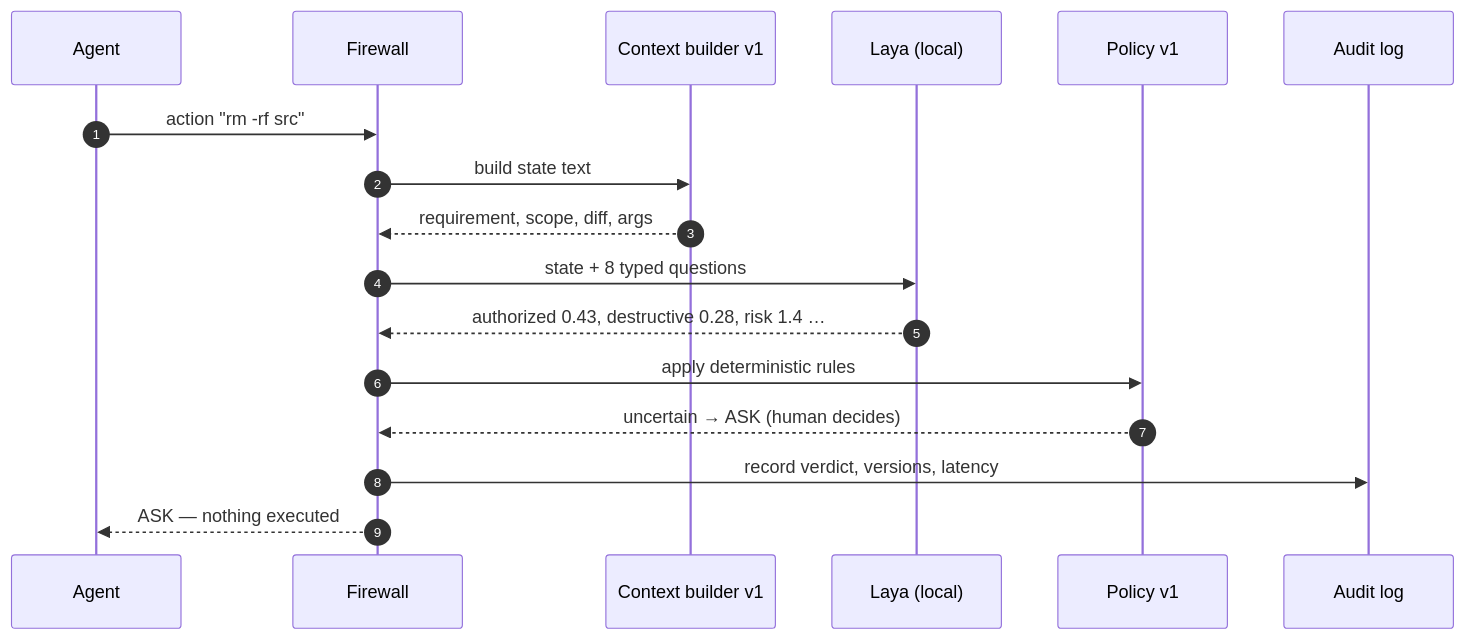
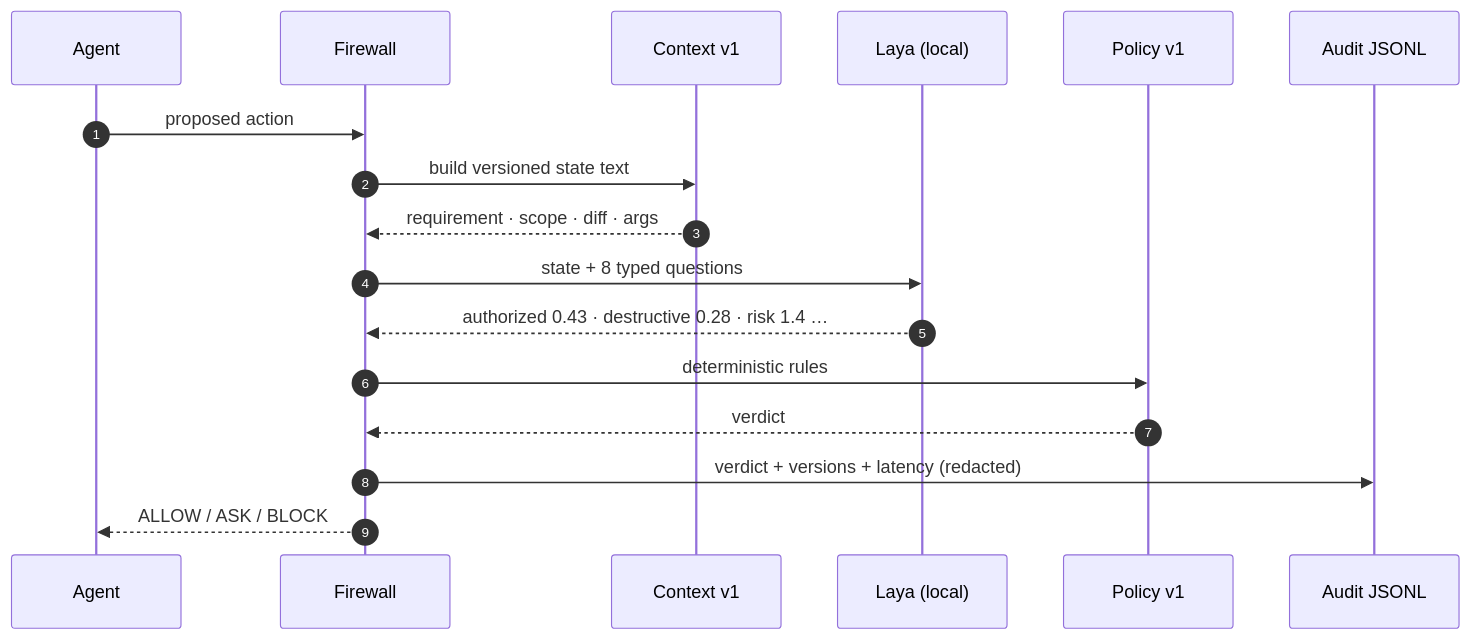
One commit to chinna250801/agent-decision-firewall changed the second of 2 diagrams in README.md. Above: the diagram before and after it, drawn with Mermaid. The commit also changed other lines of this file, not shown here.

````diff
--- a/README.md
+++ b/README.md
@@ -53,19 +250,19 @@
 ```mermaid
 sequenceDiagram
     autonumber
-    participant Agent as Agent
+    participant AG as Agent
     participant FW as Firewall
-    participant Ctx as Context builder v1
-    participant Laya as Laya (local)
-    participant Policy as Policy v1
-    participant Audit as Audit log
-    Agent->>FW: action "rm -rf src"
-    FW->>Ctx: build state text
-    Ctx-->>FW: requirement, scope, diff, args
-    FW->>Laya: state + 8 typed questions
-    Laya-->>FW: authorized 0.43, destructive 0.28, risk 1.4 …
-    FW->>Policy: apply deterministic rules
-    Policy-->>FW: uncertain → ASK (human decides)
-    FW->>Audit: record verdict, versions, latency
-    FW-->>Agent: ASK — nothing executed
+    participant CB as Context v1
+    participant LY as Laya (local)
+    participant PO as Policy v1
+    participant AU as Audit JSONL
+    AG->>FW: proposed action
+    FW->>CB: build versioned state text
+    CB-->>FW: requirement · scope · diff · args
+    FW->>LY: state + 8 typed questions
+    LY-->>FW: authorized 0.43 · destructive 0.28 · risk 1.4 …
+    FW->>PO: deterministic rules
+    PO-->>FW: verdict
+    FW->>AU: verdict + versions + latency (redacted)
+    FW-->>AG: ALLOW / ASK / BLOCK
 ```
````
